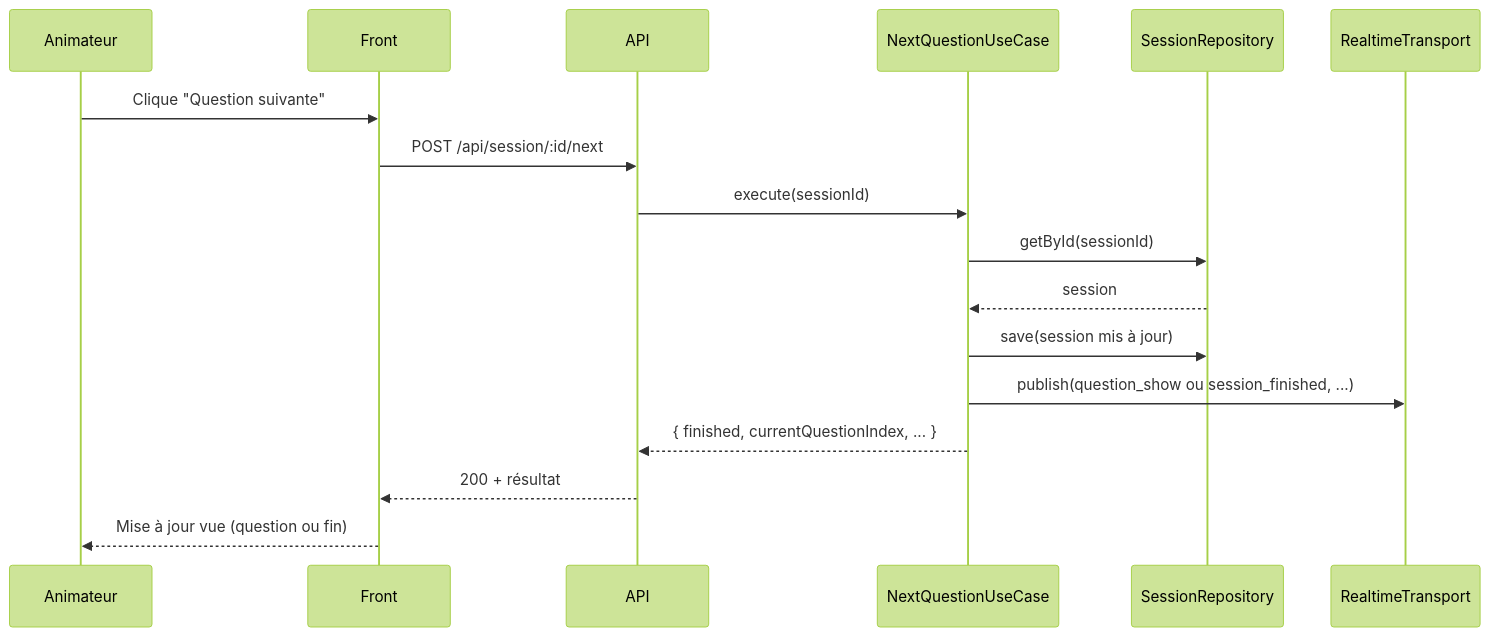
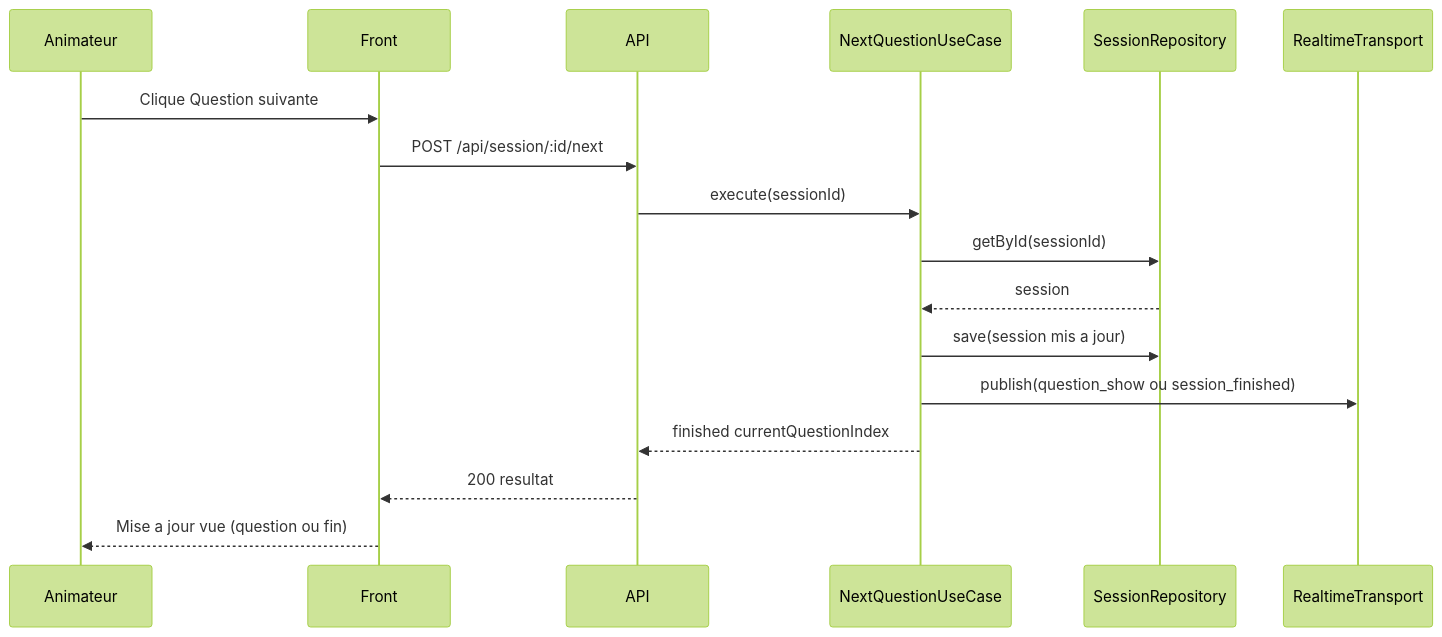
Before and after one commit to gbaratie/kahin: the fifth of 5 diagrams in docs/ARCHITECTURE.md, drawn with Mermaid (forest theme). The commit also changed other lines of this file, not shown here.

````diff
--- a/docs/ARCHITECTURE.md
+++ b/docs/ARCHITECTURE.md
@@ -226,20 +226,20 @@
 ```mermaid
 sequenceDiagram
   participant Animateur
   participant Front
   participant API
   participant NextQuestionUseCase
   participant SessionRepository
   participant RealtimeTransport
 
-  Animateur->>Front: Clique "Question suivante"
+  Animateur->>Front: Clique Question suivante
   Front->>API: POST /api/session/:id/next
   API->>NextQuestionUseCase: execute(sessionId)
   NextQuestionUseCase->>SessionRepository: getById(sessionId)
   SessionRepository-->>NextQuestionUseCase: session
-  NextQuestionUseCase->>SessionRepository: save(session mis à jour)
-  NextQuestionUseCase->>RealtimeTransport: publish(question_show ou session_finished, ...)
-  NextQuestionUseCase-->>API: { finished, currentQuestionIndex, ... }
-  API-->>Front: 200 + résultat
-  Front-->>Animateur: Mise à jour vue (question ou fin)
+  NextQuestionUseCase->>SessionRepository: save(session mis a jour)
+  NextQuestionUseCase->>RealtimeTransport: publish(question_show ou session_finished)
+  NextQuestionUseCase-->>API: finished currentQuestionIndex
+  API-->>Front: 200 resultat
+  Front-->>Animateur: Mise a jour vue (question ou fin)
 ```
````
